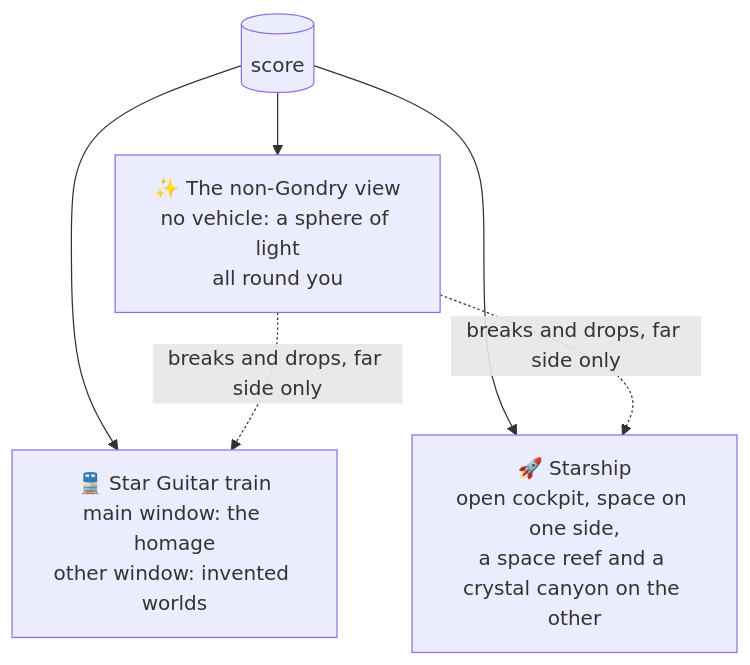
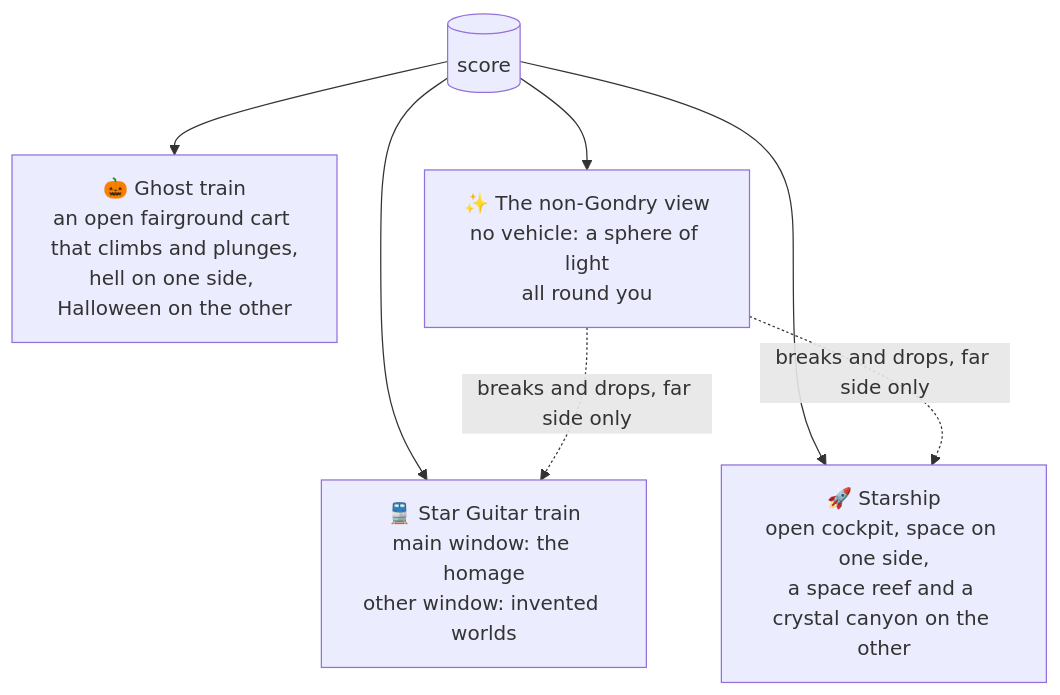
One commit to FrunkQ/gondryator changed the eighth of 8 diagrams in docs/TECHNOLOGY.md. Above: the diagram before and after it, drawn with Mermaid. The commit also changed other lines of this file and 21 other files, not shown here.

First line of the commit message:
Ghost train: a Halloween fair ride; shared palettes; fireworks that burst on cue

````diff
--- a/docs/TECHNOLOGY.md
+++ b/docs/TECHNOLOGY.md
@@ -192,8 +192,9 @@
 ```mermaid
 flowchart TB
     S[(score)] --> T[🚆 Star Guitar train<br/>main window: the homage<br/>other window: invented worlds]
     S --> SH[🚀 Starship<br/>open cockpit, space on one side,<br/>a space reef and a crystal canyon on the other]
+    S --> G[🎃 Ghost train<br/>an open fairground cart that climbs and plunges,<br/>hell on one side, Halloween on the other]
     S --> V[✨ The non-Gondry view<br/>no vehicle: a sphere of light<br/>all round you]
     V -. breaks and drops, far side only .-> T
     V -. breaks and drops, far side only .-> SH
 ```
````
